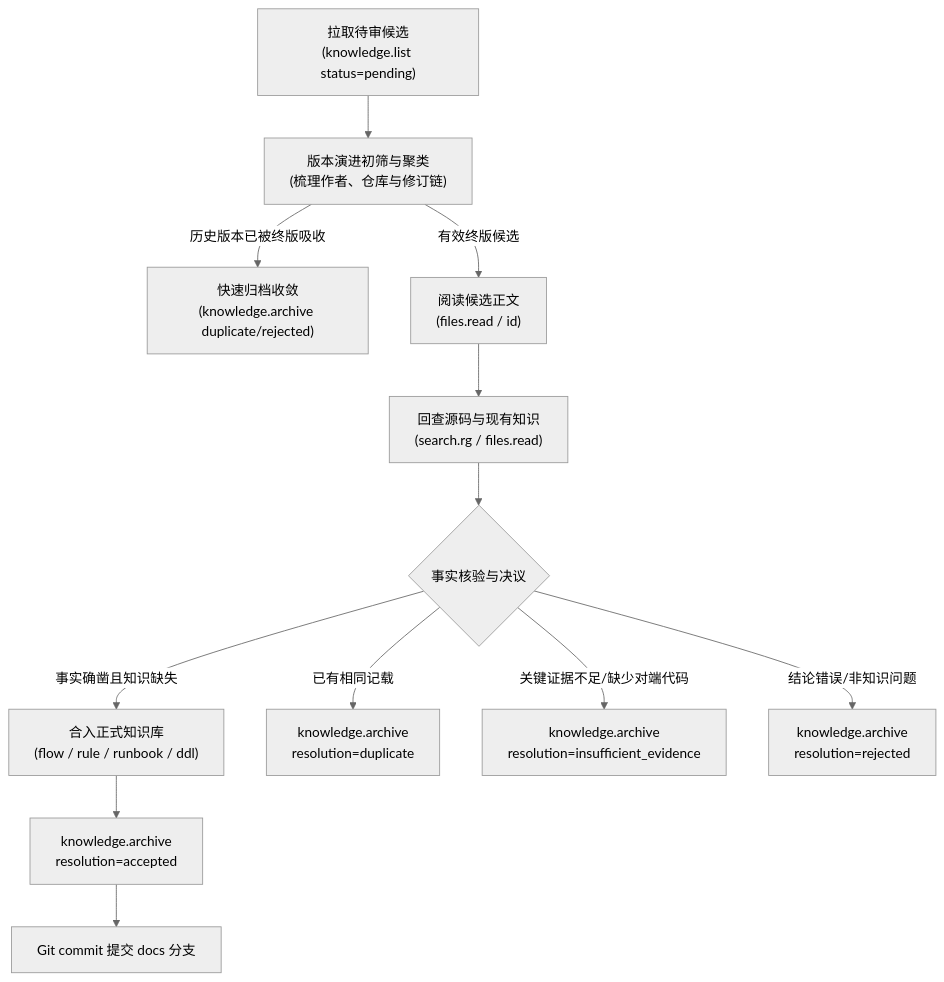
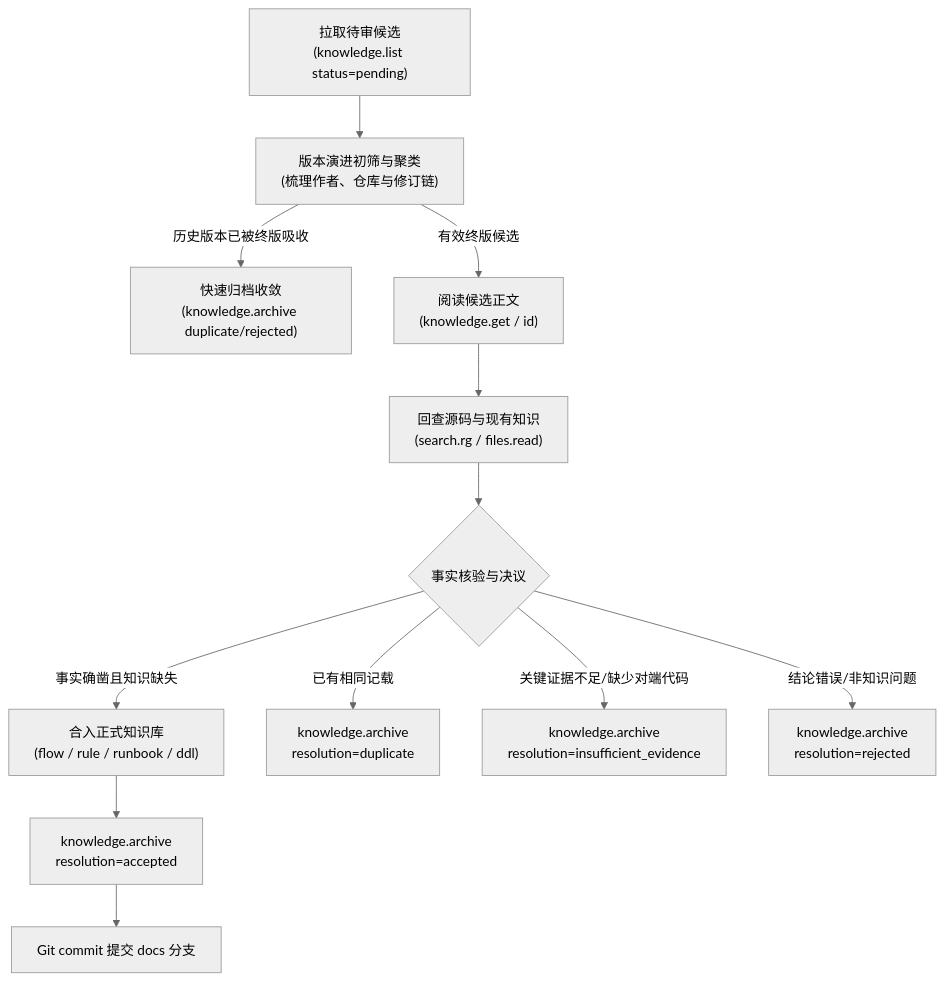
One commit to fjay/knowledge-dock changed the diagram in skills/project-knowledge-maintainer/references/inbox-review.md. Above: the diagram before and after it, drawn with Mermaid (neutral theme). The commit also changed other lines of this file and 10 other files, not shown here.

Commit message:
feat(inbox): 支持通过 knowledge.get 动作按标识获取候选完整正文与元数据

````diff
--- a/skills/project-knowledge-maintainer/references/inbox-review.md
+++ b/skills/project-knowledge-maintainer/references/inbox-review.md
@@ -37,14 +37,14 @@
 ```mermaid
 flowchart TD
     A["拉取待审候选<br>(knowledge.list status=pending)"] --> B["版本演进初筛与聚类<br>(梳理作者、仓库与修订链)"]
     B -->|"历史版本已被终版吸收"| C["快速归档收敛<br>(knowledge.archive duplicate/rejected)"]
-    B -->|"有效终版候选"| D["阅读候选正文<br>(files.read / id)"]
+    B -->|"有效终版候选"| D["阅读候选正文<br>(knowledge.get / id)"]
     D --> E["回查源码与现有知识<br>(search.rg / files.read)"]
     E --> F{"事实核验与决议"}
     F -->|"事实确凿且知识缺失"| G["合入正式知识库<br>(flow / rule / runbook / ddl)"]
     G --> H["knowledge.archive<br>resolution=accepted"]
     F -->|"已有相同记载"| I["knowledge.archive<br>resolution=duplicate"]
     F -->|"关键证据不足/缺少对端代码"| J["knowledge.archive<br>resolution=insufficient_evidence"]
     F -->|"结论错误/非知识问题"| K["knowledge.archive<br>resolution=rejected"]
     H --> L["Git commit 提交 docs 分支"]
 ```
````
